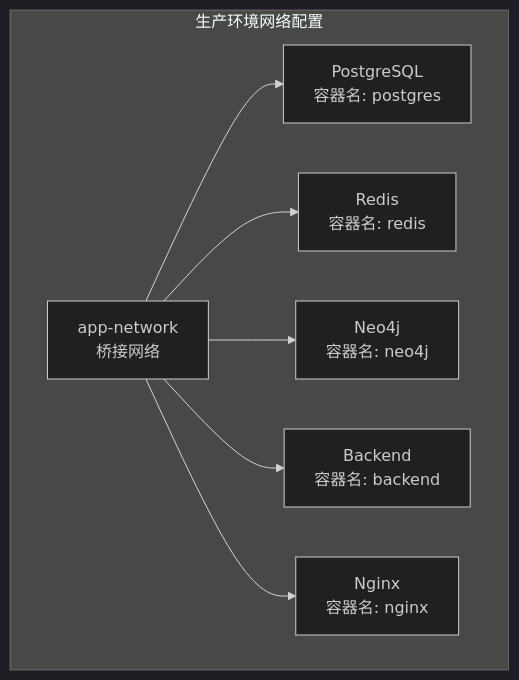
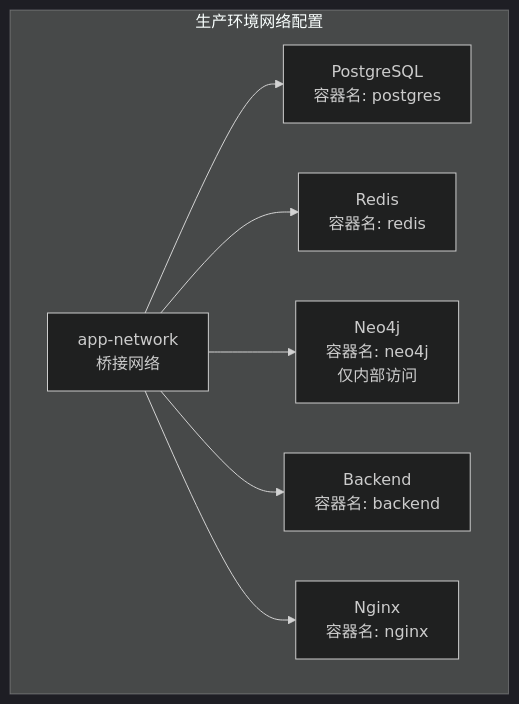
One commit to xfbyxq/ai-novel-system changed the ninth of 21 diagrams in .qoder/repowiki/zh/content/Docker Deployment.md. Above: the diagram before and after it, drawn with Mermaid (dark theme). The commit also changed other lines of this file and 1 other file, not shown here.

````diff
--- a/.qoder/repowiki/zh/content/Docker Deployment.md
+++ b/.qoder/repowiki/zh/content/Docker Deployment.md
@@ -467,16 +478,16 @@
 ```mermaid
 graph TB
 subgraph "生产环境网络配置"
 APP_NETWORK[app-network<br/>桥接网络]
 POSTGRES[PostgreSQL<br/>容器名: postgres]
 REDIS[Redis<br/>容器名: redis]
-NEO4J[Neo4j<br/>容器名: neo4j]
+NEO4J[Neo4j<br/>容器名: neo4j<br/>仅内部访问]
 BACKEND[Backend<br/>容器名: backend]
 NGINX[Nginx<br/>容器名: nginx]
 end
 APP_NETWORK --> POSTGRES
 APP_NETWORK --> REDIS
 APP_NETWORK --> NEO4J
 APP_NETWORK --> BACKEND
 APP_NETWORK --> NGINX
 ```
````
